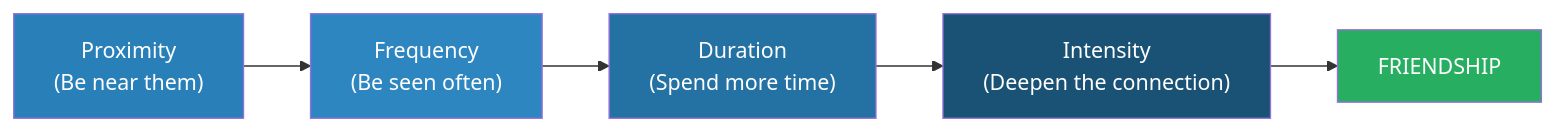
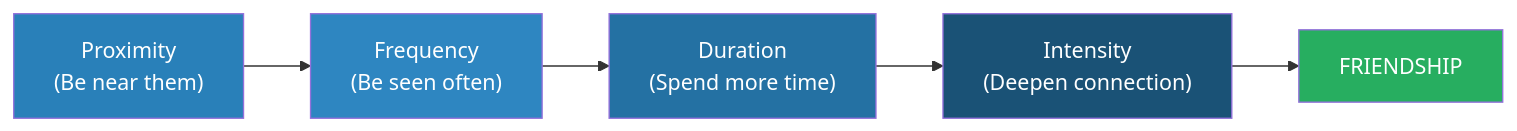
The first of 7 diagrams in summaries/Power & Influence/Like Switch - Jack Schafer.md (alius33/reader), drawn with Mermaid before and after one commit. The commit also changed other lines of this file and 272 other files, not shown here.

````diff
--- a/summaries/Power & Influence/Like Switch - Jack Schafer.md
+++ b/summaries/Power & Influence/Like Switch - Jack Schafer.md
@@ -32,12 +84,12 @@
 ```mermaid
 flowchart LR
-    A["Proximity\n(Be near them)"] --> B["Frequency\n(Be seen often)"]
-    B --> C["Duration\n(Spend more time)"]
-    C --> D["Intensity\n(Deepen the connection)"]
+    A["Proximity<br>(Be near them)"] --> B["Frequency<br>(Be seen often)"]
+    B --> C["Duration<br>(Spend more time)"]
+    C --> D["Intensity<br>(Deepen connection)"]
     D --> E["FRIENDSHIP"]
     style A fill:#2980b9,color:#fff
     style B fill:#2e86c1,color:#fff
     style C fill:#2471a3,color:#fff
     style D fill:#1a5276,color:#fff
     style E fill:#27ae60,color:#fff
 ```
````
